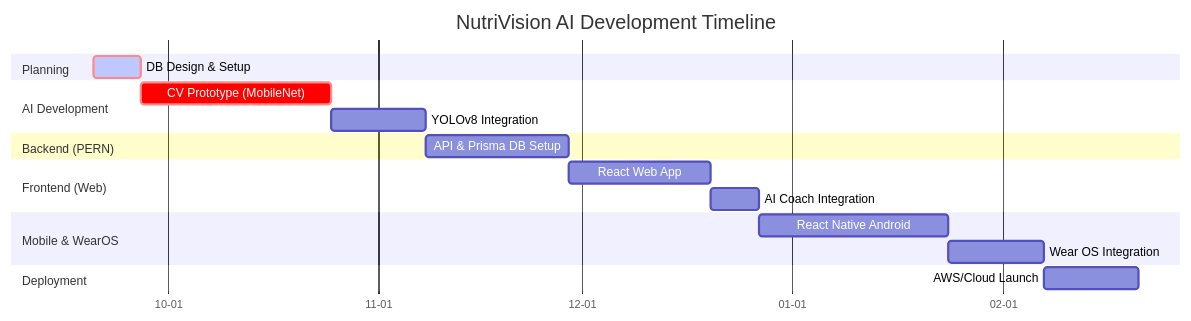
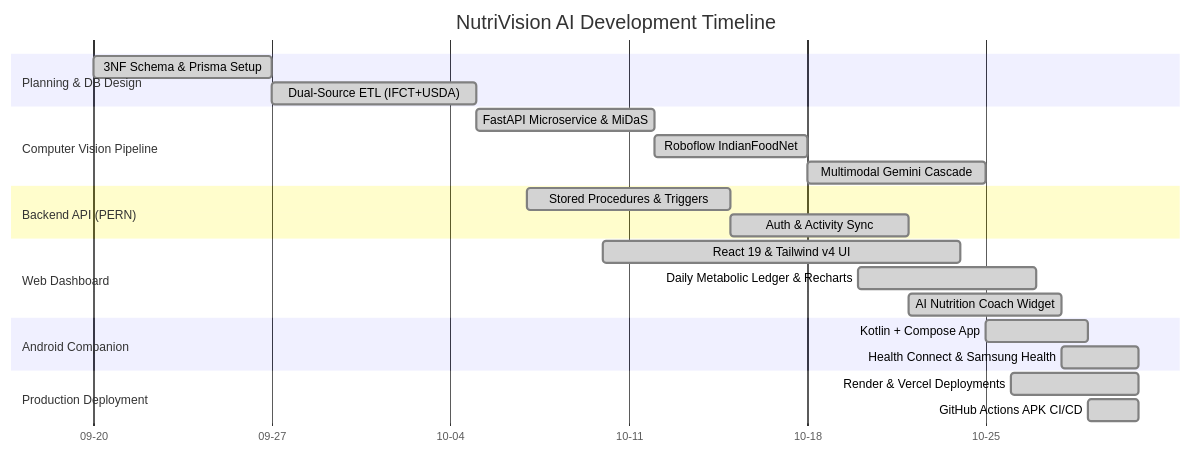
Before and after one commit to doomsday-the/NutrivisionAI: the diagram in docs/implementation_plan.md, drawn with Mermaid. The commit also changed other lines of this file and 16 other files, not shown here.

Commit message:
docs: synchronize architecture, contracts, 3NF schema ERD, Android Companion, and deployment guides

````diff
--- a/docs/implementation_plan.md
+++ b/docs/implementation_plan.md
@@ -6,27 +6,32 @@
 ```mermaid
 gantt
     title NutriVision AI Development Timeline
     dateFormat  YYYY-MM-DD
     axisFormat  %m-%d
     
-    section Planning
-    DB Design & Setup       :crit, active, p1, 2026-09-20, 7d
+    section Planning & DB Design
+    3NF Schema & Prisma Setup   :done, p1, 2026-09-20, 2026-09-27
+    Dual-Source ETL (IFCT+USDA)  :done, p2, 2026-09-27, 2026-10-05
     
-    section AI Development
-    CV Prototype (MobileNet):crit, p2, after p1, 28d
-    YOLOv8 Integration      :p3, after p2, 14d
+    section Computer Vision Pipeline
+    FastAPI Microservice & MiDaS :done, p3, 2026-10-05, 2026-10-12
+    Roboflow IndianFoodNet       :done, p4, 2026-10-12, 2026-10-18
+    Multimodal Gemini Cascade    :done, p5, 2026-10-18, 2026-10-25
     
-    section Backend (PERN)
-    API & Prisma DB Setup   :p4, after p3, 21d
+    section Backend API (PERN)
+    Stored Procedures & Triggers :done, p6, 2026-10-07, 2026-10-15
+    Auth & Activity Sync         :done, p7, 2026-10-15, 2026-10-22
     
-    section Frontend (Web)
-    React Web App           :p5, after p4, 21d
-    AI Coach Integration    :p6, after p5, 7d
+    section Web Dashboard
+    React 19 & Tailwind v4 UI    :done, p8, 2026-10-10, 2026-10-24
+    Daily Metabolic Ledger & Recharts :done, p9, 2026-10-20, 2026-10-27
+    AI Nutrition Coach Widget    :done, p10, 2026-10-22, 2026-10-28
     
-    section Mobile & WearOS
-    React Native Android    :p7, after p6, 28d
-    Wear OS Integration     :p8, after p7, 14d
+    section Android Companion
+    Kotlin + Compose App         :done, p11, 2026-10-25, 2026-10-29
+    Health Connect & Samsung Health:done, p12, 2026-10-28, 2026-10-31
     
-    section Deployment
-    AWS/Cloud Launch        :p9, after p8, 14d
+    section Production Deployment
+    Render & Vercel Deployments  :done, p13, 2026-10-26, 2026-10-31
+    GitHub Actions APK CI/CD     :done, p14, 2026-10-29, 2026-10-31
 ```
````
